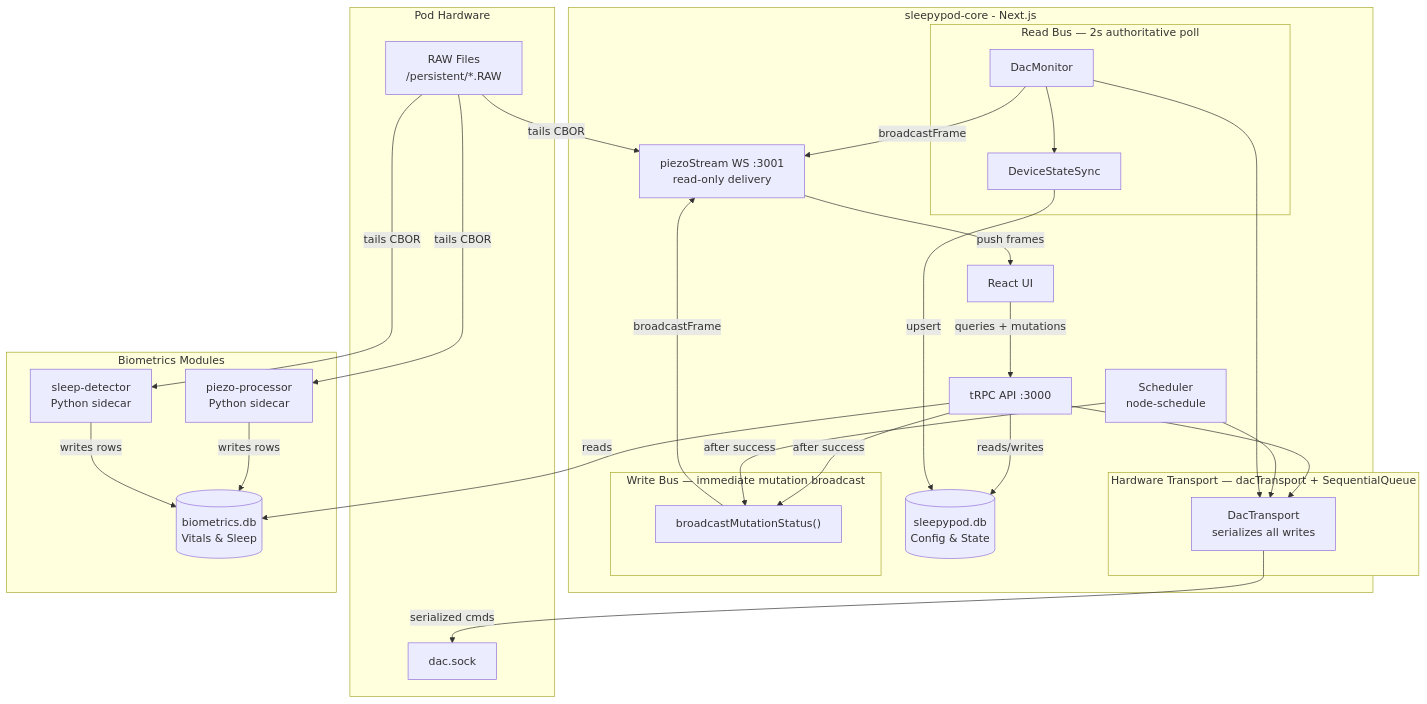
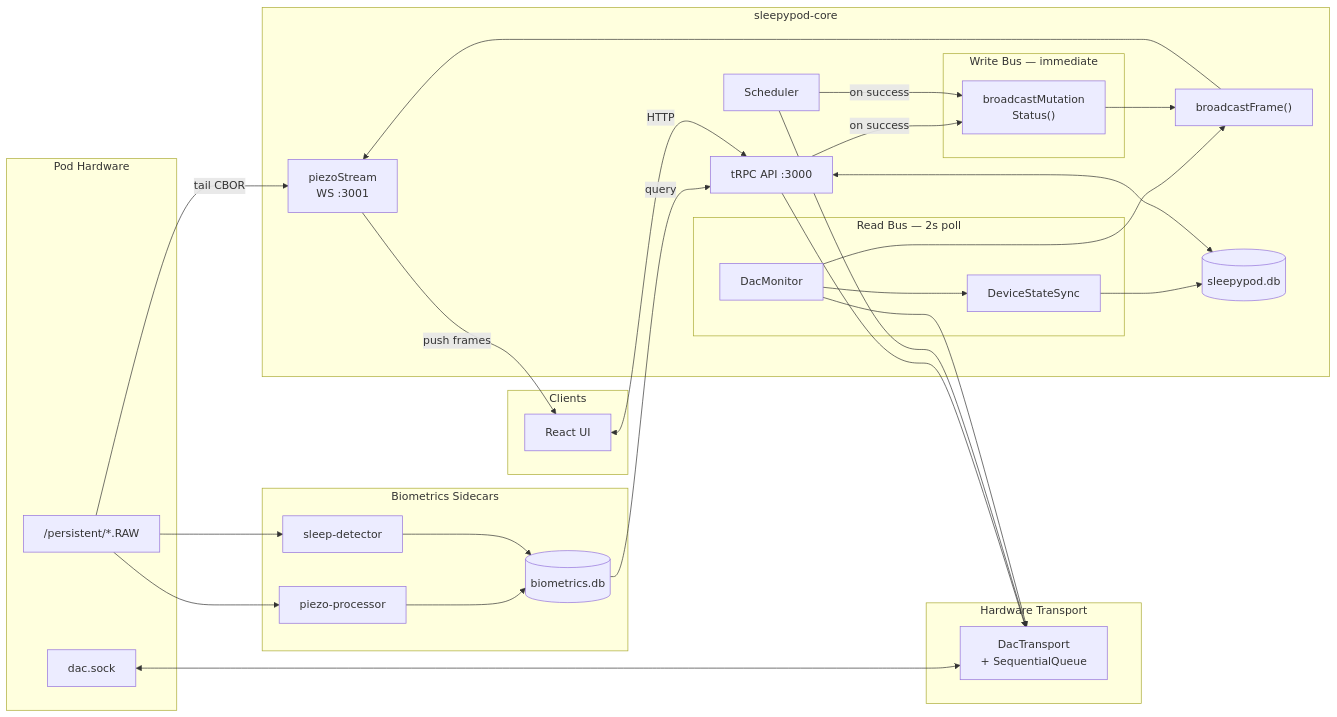
Before and after one commit to sleepypod/core: the first of 6 diagrams in README.md, drawn with Mermaid.

Commit message:
docs: restructure architecture diagram as LR column layout
Switch from graph TD to graph LR so the data flow reads naturally
left-to-right across five columns: Pod Hardware → Hardware Transport →
Biometrics Sidecars → sleepypod-core (read/write buses) → Clients.

broadcastFrame() is now an explicit convergence node — both the read
bus (DacMonitor 2s poll) and write bus (broadcastMutationStatus) funnel
through it before entering the WS server, making it clear that the
WebSocket is a delivery pipe, not the event bus itself.

````diff
--- a/README.md
+++ b/README.md
@@ -20,55 +20,68 @@
 ```mermaid
-graph TD
-    subgraph hw [Pod Hardware]
+graph LR
+    subgraph HW ["Pod Hardware"]
         DAC["dac.sock"]
-        RAW["RAW Files<br/>/persistent/*.RAW"]
+        RAW["/persistent/*.RAW"]
     end
 
-    subgraph core [sleepypod-core - Next.js]
-        UI[React UI]
-        API["tRPC API :3000"]
-        SCHED["Scheduler<br/>node-schedule"]
+    subgraph TRANSPORT ["Hardware Transport"]
+        DT["DacTransport<br/>+ SequentialQueue"]
+    end
 
-        subgraph hwTransport ["Hardware Transport — dacTransport + SequentialQueue"]
-            DT["DacTransport<br/>serializes all writes"]
+    subgraph SIDECARS ["Biometrics Sidecars"]
+        PP["piezo-processor"]
+        SD["sleep-detector"]
+        BIODB[("biometrics.db")]
+    end
+
+    subgraph CORE ["sleepypod-core"]
+        subgraph READBUS ["Read Bus — 2s poll"]
+            DM["DacMonitor"]
+            SYNC["DeviceStateSync"]
         end
 
-        subgraph writeBus ["Write Bus — immediate mutation broadcast"]
-            BMS["broadcastMutationStatus()"]
+        subgraph WRITEBUS ["Write Bus — immediate"]
+            BMS["broadcastMutation<br/>Status()"]
         end
 
-        subgraph readBus ["Read Bus — 2s authoritative poll"]
-            DM["DacMonitor"]
-            SYNC[DeviceStateSync]
-        end
-
-        WS["piezoStream WS :3001<br/>read-only delivery"]
-        DB1[("sleepypod.db<br/>Config & State")]
+        API["tRPC API :3000"]
+        SCHED["Scheduler"]
+        BF["broadcastFrame()"]
+        WS["piezoStream<br/>WS :3001"]
+        DB[("sleepypod.db")]
     end
 
-    subgraph mods [Biometrics Modules]
-        PP["piezo-processor<br/>Python sidecar"]
-        SD["sleep-detector<br/>Python sidecar"]
-        DB2[("biometrics.db<br/>Vitals & Sleep")]
+    subgraph CLIENTS ["Clients"]
+        UI["React UI"]
     end
 
-    UI -->|queries + mutations| API
-    API -->|reads/writes| DB1
-    API -->|reads| DB2
+    %% Hardware transport — single serialization point
+    DAC <--> DT
     API --> DT
     SCHED --> DT
     DM --> DT
-    DT -->|serialized cmds| DAC
-    API -->|after success| BMS
-    SCHED -->|after success| BMS
-    BMS -->|broadcastFrame| WS
-    DM -->|broadcastFrame| WS
+
+    %% Read bus
     DM --> SYNC
+    SYNC --> DB
+    DM --> BF
+
+    %% Write bus
+    API -->|on success| BMS
+    SCHED -->|on success| BMS
+    BMS --> BF
+
+    %% WebSocket delivery
+    BF --> WS
+    RAW -->|tail CBOR| WS
     WS -->|push frames| UI
-    SYNC -->|upsert| DB1
-    RAW -->|tails CBOR| PP
-    RAW -->|tails CBOR| SD
-    RAW -->|tails CBOR| WS
-    PP -->|writes rows| DB2
-    SD -->|writes rows| DB2
+
+    %% Biometrics pipeline
+    RAW --> PP & SD
+    PP & SD --> BIODB
+    BIODB -->|query| API
+
+    %% App layer
+    API <--> DB
+    UI <-->|HTTP| API
 ```
````
